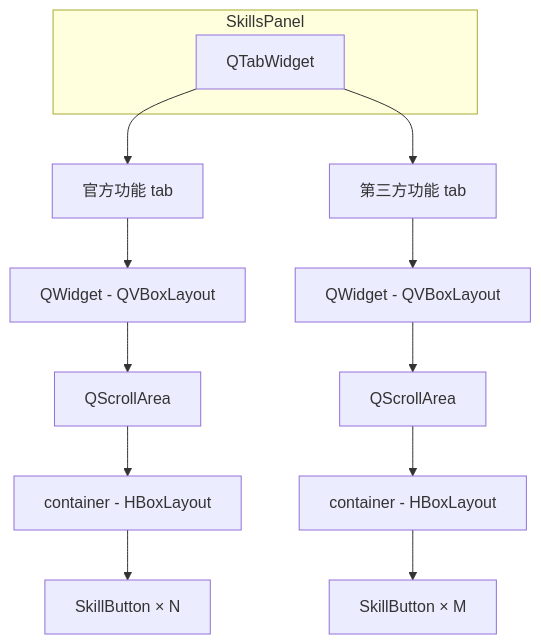
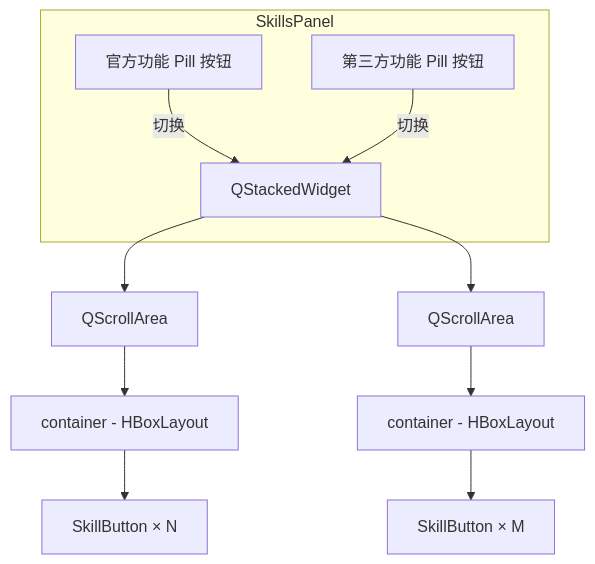
One commit to KKPIP-Tech/InstructionX changed the second of 5 diagrams in docs/ui/main-window.md. Above: the diagram before and after it, drawn with Mermaid. The commit also changed other lines of this file and 13 other files, not shown here.

````diff
--- a/docs/ui/main-window.md
+++ b/docs/ui/main-window.md
@@ -154,16 +154,16 @@
 ```mermaid
 graph TB
     subgraph SkillsPanel [SkillsPanel]
-        TW[QTabWidget]
+        SW[QStackedWidget]
+        OB[官方功能 Pill 按钮]
+        TB[第三方功能 Pill 按钮]
     end
-    TW --> Tab1[官方功能 tab]
-    TW --> Tab2[第三方功能 tab]
-    Tab1 --> VW1[QWidget - QVBoxLayout]
-    Tab2 --> VW2[QWidget - QVBoxLayout]
-    VW1 --> SA1[QScrollArea]
-    VW2 --> SA2[QScrollArea]
+    OB -->|切换| SW
+    TB -->|切换| SW
+    SW --> SA1[QScrollArea]
+    SW --> SA2[QScrollArea]
     SA1 --> C1[container - HBoxLayout]
     SA2 --> C2[container - HBoxLayout]
     C1 --> B1[SkillButton × N]
     C2 --> B2[SkillButton × M]
 ```
````
